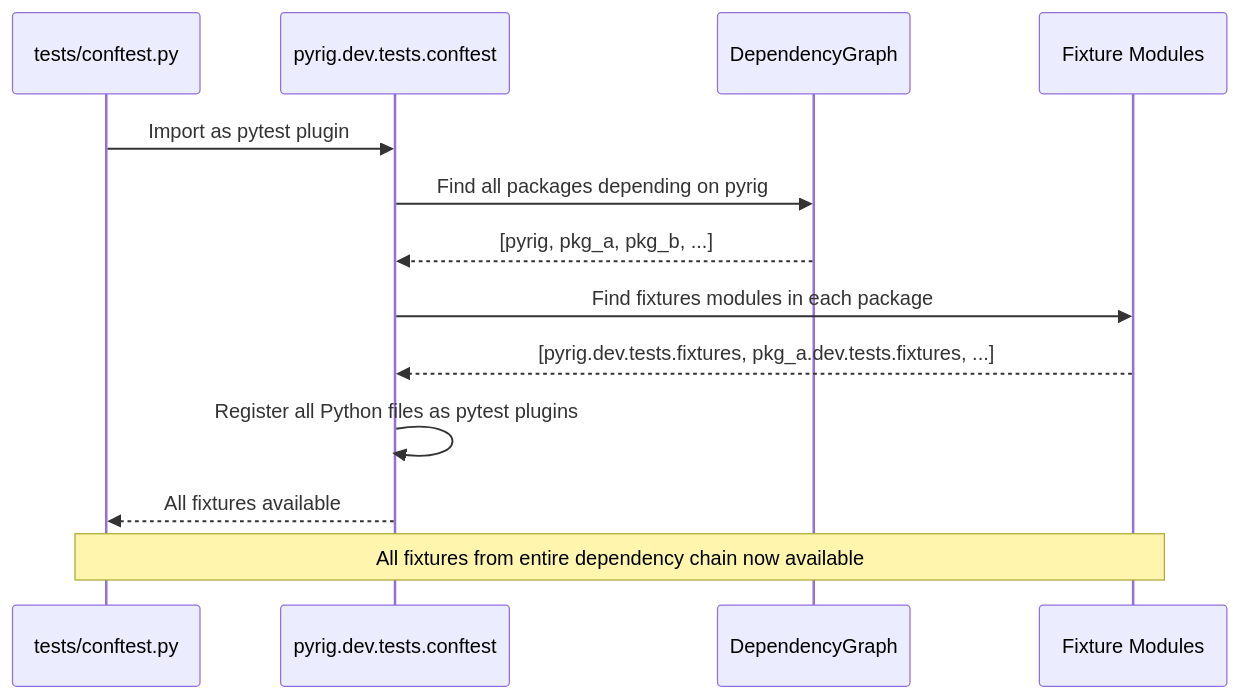
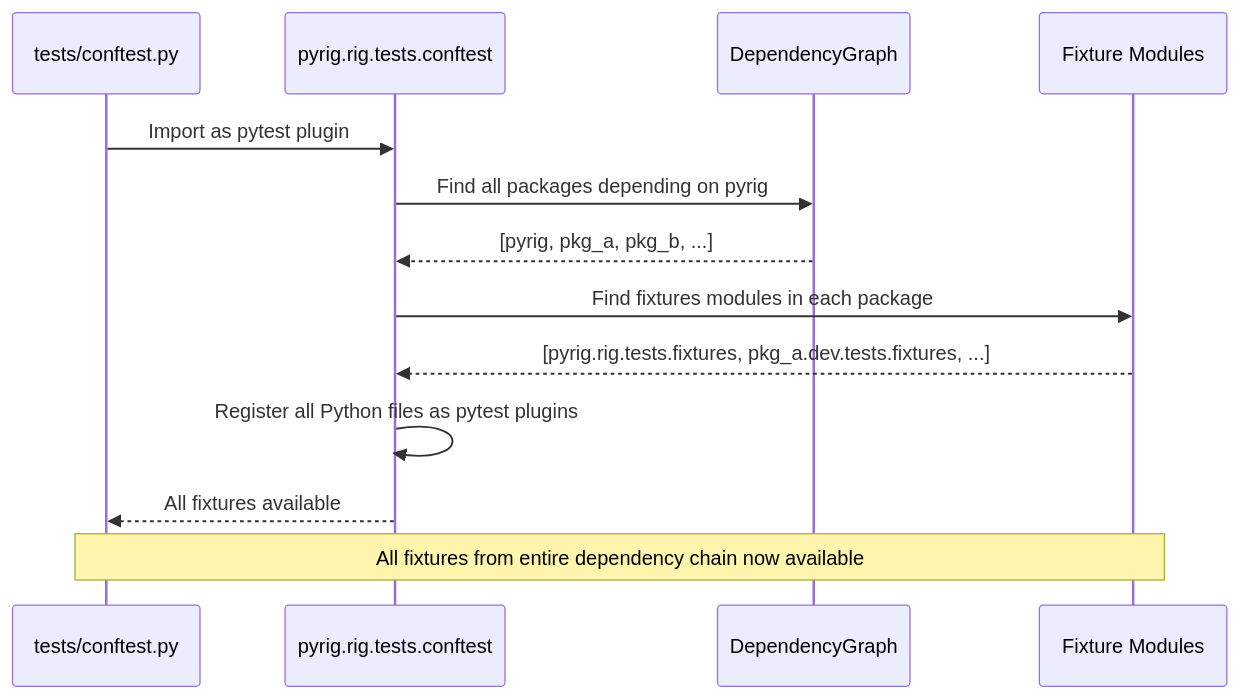
The second of 3 diagrams in docs/tests/fixtures.md (Winipedia/pyrig), drawn with Mermaid before and after one commit. The commit also changed other lines of this file and 478 other files, not shown here.

Commit message:
renamed dev to rig and tests pass

````diff
--- a/docs/tests/fixtures.md
+++ b/docs/tests/fixtures.md
@@ -34,17 +34,17 @@
 ```mermaid
 sequenceDiagram
     participant T as tests/conftest.py
-    participant P as pyrig.dev.tests.conftest
+    participant P as pyrig.rig.tests.conftest
     participant D as DependencyGraph
     participant F as Fixture Modules
 
     T->>P: Import as pytest plugin
     P->>D: Find all packages depending on pyrig
     D-->>P: [pyrig, pkg_a, pkg_b, ...]
     P->>F: Find fixtures modules in each package
-    F-->>P: [pyrig.dev.tests.fixtures, pkg_a.dev.tests.fixtures, ...]
+    F-->>P: [pyrig.rig.tests.fixtures, pkg_a.dev.tests.fixtures, ...]
     P->>P: Register all Python files as pytest plugins
     P-->>T: All fixtures available
 
     Note over T,F: All fixtures from entire dependency chain now available
 ```
````
